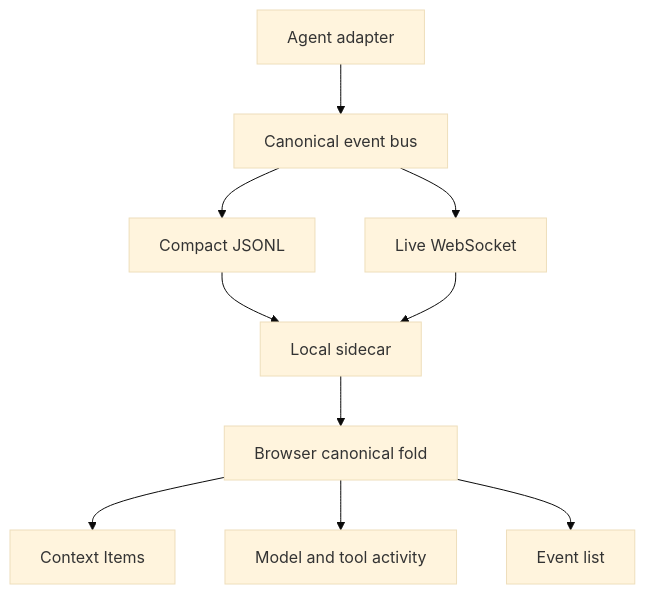
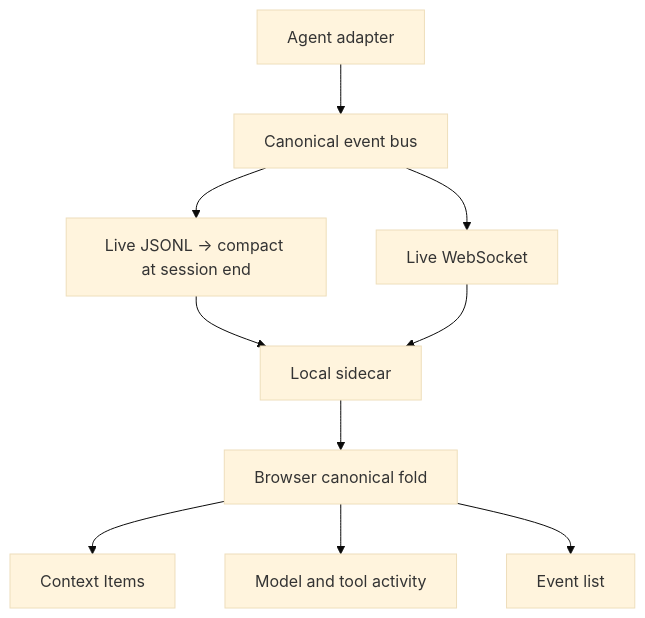
One commit to Delva0/gh-puller changed the diagram in docs/agent-monitor.md. Above: the diagram before and after it, drawn with Mermaid (base theme). The commit also changed other lines of this file and 21 other files, not shown here.

````diff
--- a/docs/agent-monitor.md
+++ b/docs/agent-monitor.md
@@ -147,12 +147,12 @@
 ```mermaid
 flowchart TD
     Adapter[Agent adapter] --> Bus[Canonical event bus]
-    Bus --> File[Compact JSONL]
+    Bus --> File[Live JSONL → compact at session end]
     Bus --> Live[Live WebSocket]
     File --> Hub[Local sidecar]
     Live --> Hub
     Hub --> Fold[Browser canonical fold]
     Fold --> Context[Context Items]
     Fold --> Activity[Model and tool activity]
     Fold --> Events[Event list]
 ```
````
